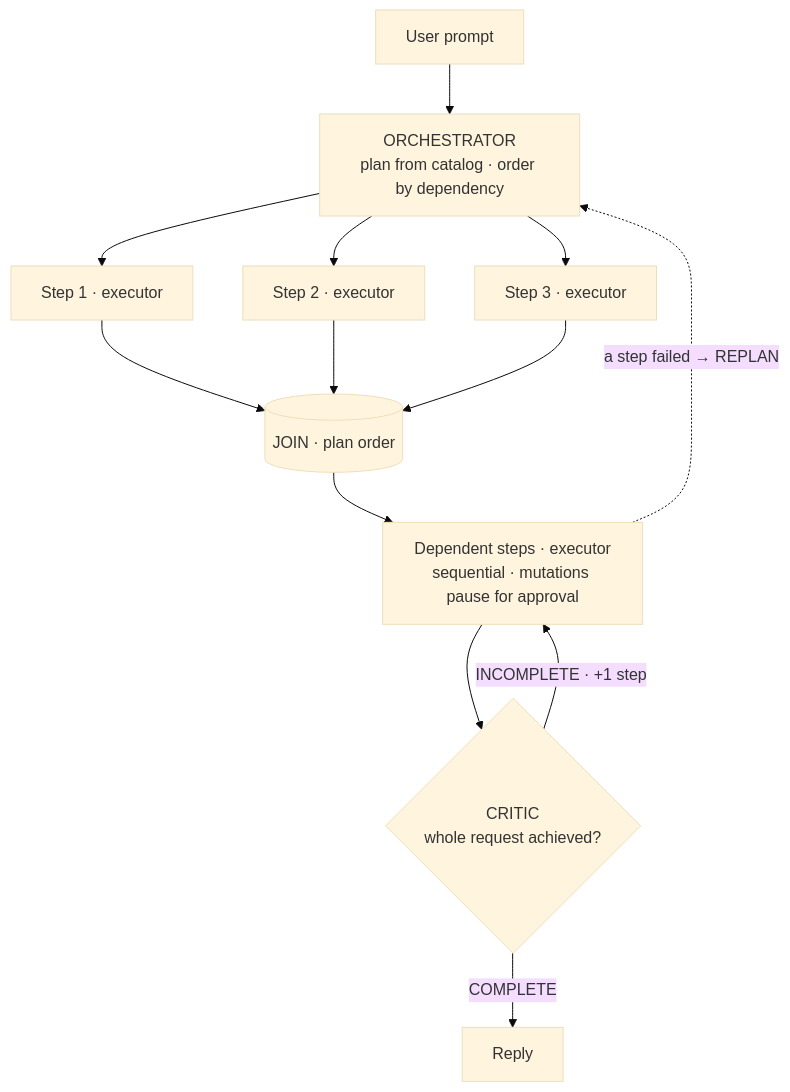
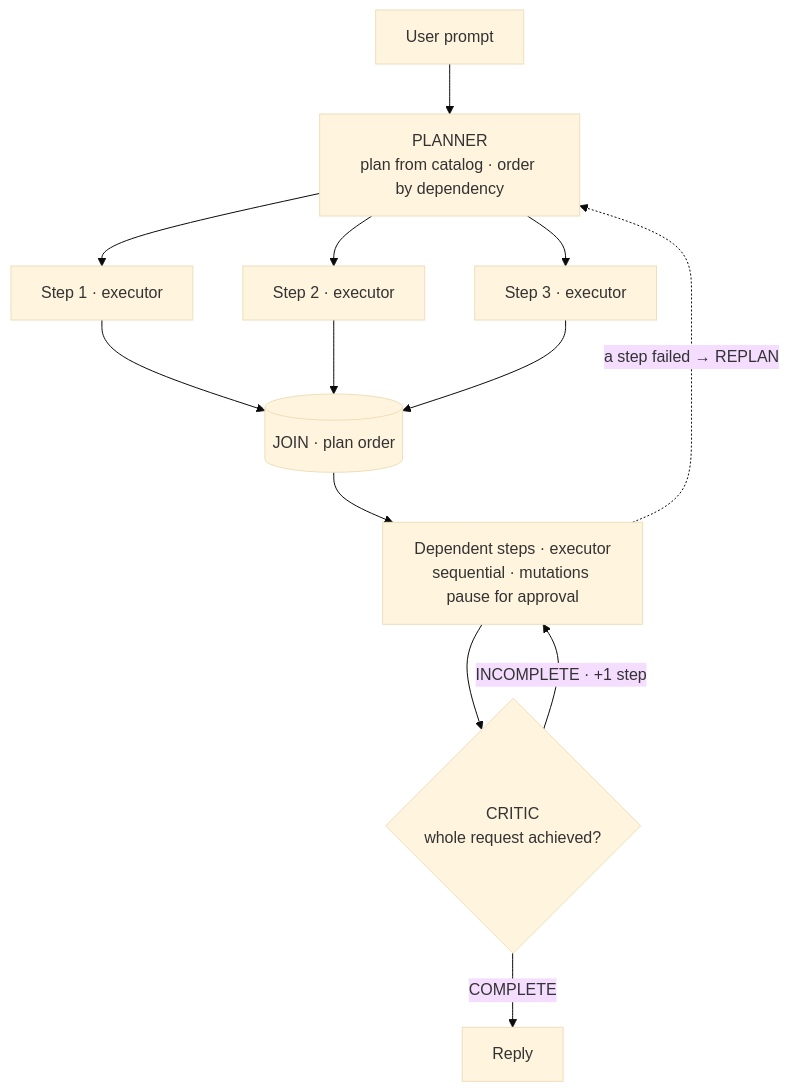
One commit to hnegi01/fes-assistant changed the third of 11 diagrams in Execution_Flow.md. Above: the diagram before and after it, drawn with Mermaid (base theme). The commit also changed other lines of this file and 8 other files, not shown here.

First line of the commit message:
refactor: correct terminology — planner (drafts the plan) vs orchestrator (the loop)

````diff
--- a/Execution_Flow.md
+++ b/Execution_Flow.md
@@ -103,15 +103,15 @@
 ```mermaid
 flowchart TD
-  U[User prompt] --> ORC[ORCHESTRATOR<br/>plan from catalog · order by dependency]
+  U[User prompt] --> ORC[PLANNER<br/>plan from catalog · order by dependency]
   ORC --> S1[Step 1 · executor]
   ORC --> S2[Step 2 · executor]
   ORC --> S3[Step 3 · executor]
   S1 --> J[(JOIN · plan order)]
   S2 --> J
   S3 --> J
   J --> DEP[Dependent steps · executor<br/>sequential · mutations pause for approval]
   DEP --> CR{CRITIC<br/>whole request achieved?}
   CR -->|INCOMPLETE · +1 step| DEP
   CR -->|COMPLETE| ANS[Reply]
   DEP -.->|a step failed → REPLAN| ORC
 ```
````
